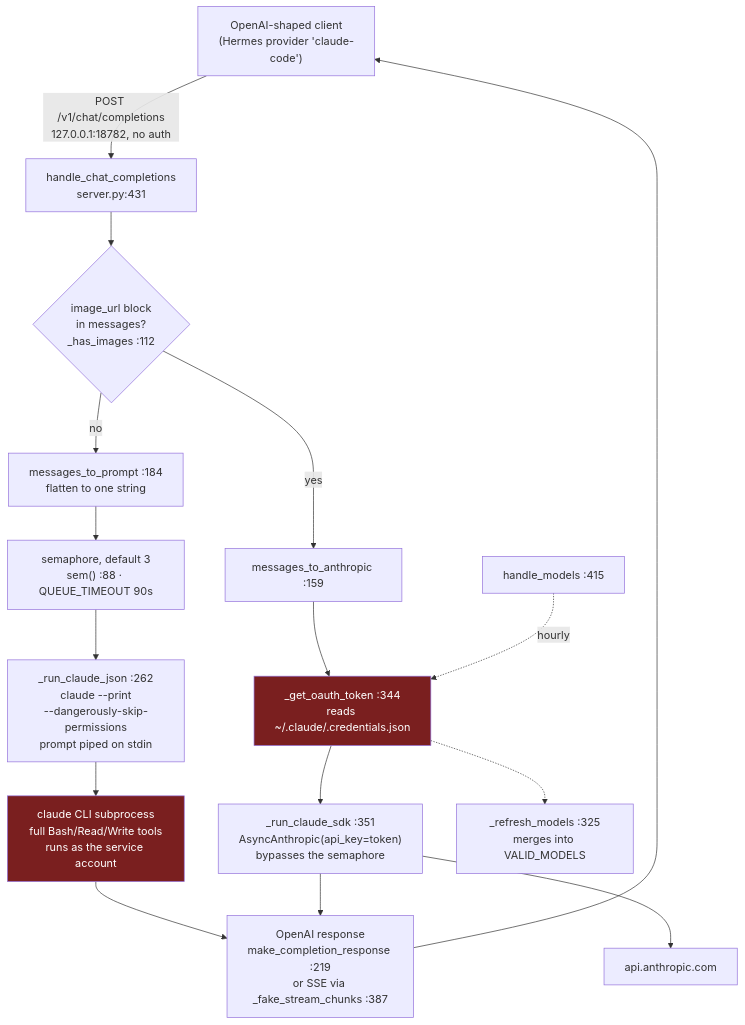
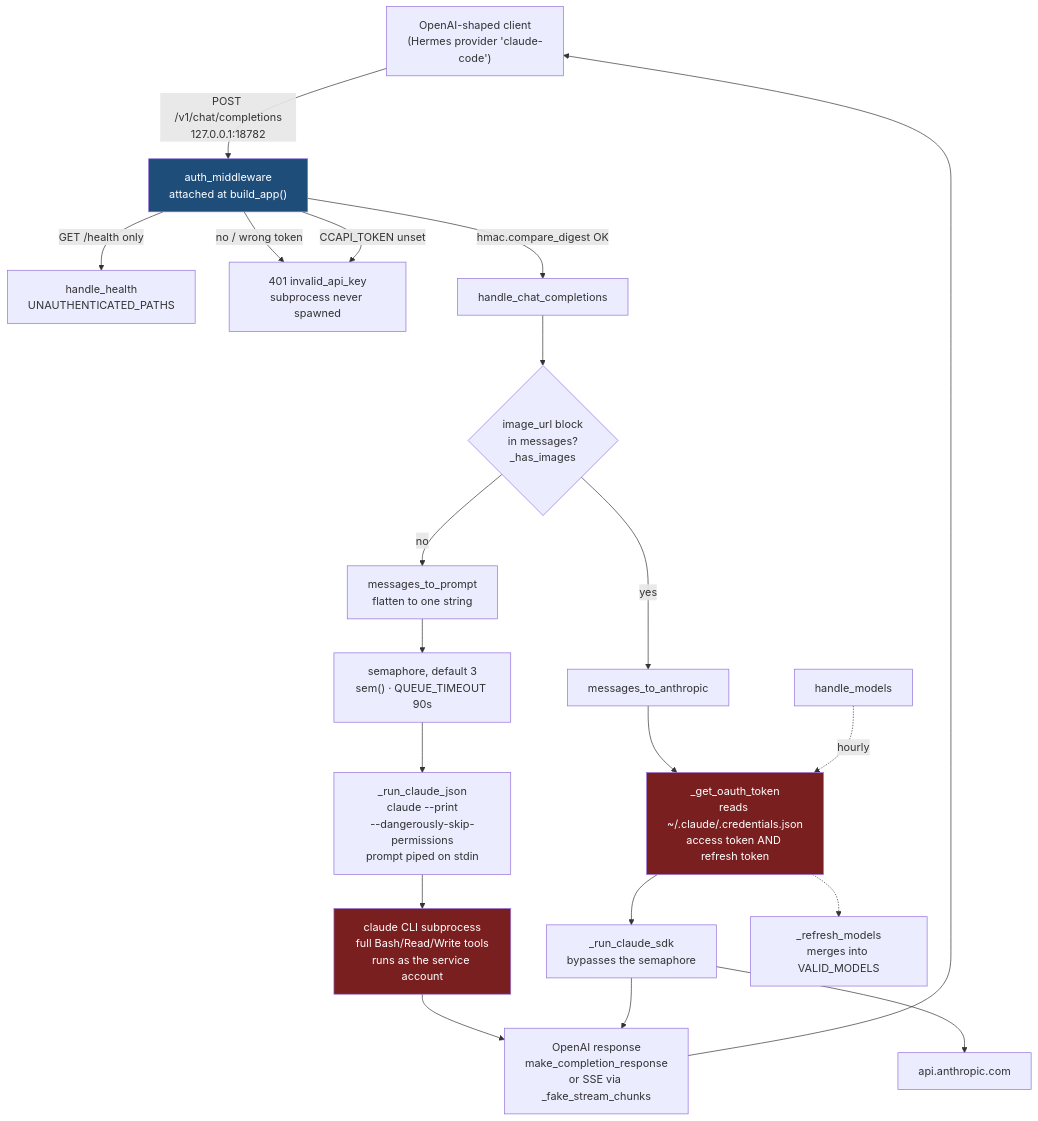
Before and after one commit to chefboyrdave21/claude-code-api: the diagram in SOP.md, drawn with Mermaid. The commit also changed other lines of this file and 12 other files, not shown here.

````diff
--- a/SOP.md
+++ b/SOP.md
@@ -32,25 +41,32 @@
 ```mermaid
 flowchart TD
-    C["OpenAI-shaped client<br/>(Hermes provider 'claude-code')"] -->|"POST /v1/chat/completions<br/>127.0.0.1:18782, no auth"| H["handle_chat_completions<br/>server.py:431"]
-    H --> V{"image_url block<br/>in messages?<br/>_has_images :112"}
+    C["OpenAI-shaped client<br/>(Hermes provider 'claude-code')"] -->|"POST /v1/chat/completions<br/>127.0.0.1:18782"| MW["auth_middleware<br/>attached at build_app()"]
 
-    V -->|no| P["messages_to_prompt :184<br/>flatten to one string"]
-    P --> S["semaphore, default 3<br/>sem() :88 · QUEUE_TIMEOUT 90s"]
-    S --> X["_run_claude_json :262<br/>claude --print<br/>--dangerously-skip-permissions<br/>prompt piped on stdin"]
+    MW -->|"GET /health only"| HL["handle_health<br/>UNAUTHENTICATED_PATHS"]
+    MW -->|"no / wrong token"| E401["401 invalid_api_key<br/>subprocess never spawned"]
+    MW -->|"CCAPI_TOKEN unset"| E401
+    MW -->|"hmac.compare_digest OK"| H["handle_chat_completions"]
+
+    H --> V{"image_url block<br/>in messages?<br/>_has_images"}
+
+    V -->|no| P["messages_to_prompt<br/>flatten to one string"]
+    P --> S["semaphore, default 3<br/>sem() · QUEUE_TIMEOUT 90s"]
+    S --> X["_run_claude_json<br/>claude --print<br/>--dangerously-skip-permissions<br/>prompt piped on stdin"]
     X --> CLI["claude CLI subprocess<br/>full Bash/Read/Write tools<br/>runs as the service account"]
 
-    V -->|yes| A["messages_to_anthropic :159"]
-    A --> K["_get_oauth_token :344<br/>reads ~/.claude/.credentials.json"]
-    K --> SDK["_run_claude_sdk :351<br/>AsyncAnthropic(api_key=token)<br/>bypasses the semaphore"]
+    V -->|yes| A["messages_to_anthropic"]
+    A --> K["_get_oauth_token<br/>reads ~/.claude/.credentials.json<br/>access token AND refresh token"]
+    K --> SDK["_run_claude_sdk<br/>bypasses the semaphore"]
     SDK --> API["api.anthropic.com"]
 
-    CLI --> R["OpenAI response<br/>make_completion_response :219<br/>or SSE via _fake_stream_chunks :387"]
+    CLI --> R["OpenAI response<br/>make_completion_response<br/>or SSE via _fake_stream_chunks"]
     SDK --> R
     R --> C
 
-    M["handle_models :415"] -.->|"hourly"| K
-    K -.-> D["_refresh_models :325<br/>merges into VALID_MODELS"]
+    M["handle_models"] -.->|"hourly"| K
+    K -.-> D["_refresh_models<br/>merges into VALID_MODELS"]
 
+    style MW fill:#1f4d7a,color:#fff
     style CLI fill:#7a1f1f,color:#fff
     style K fill:#7a1f1f,color:#fff
 ```
````
